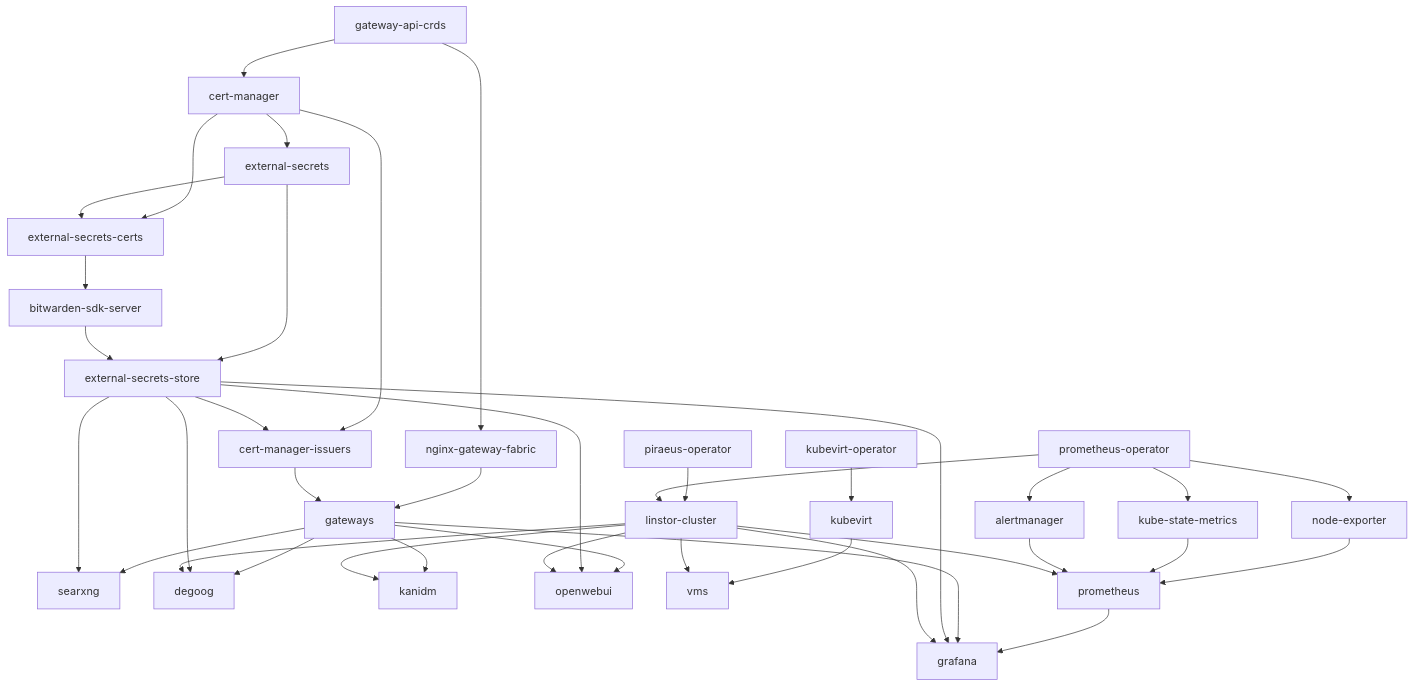
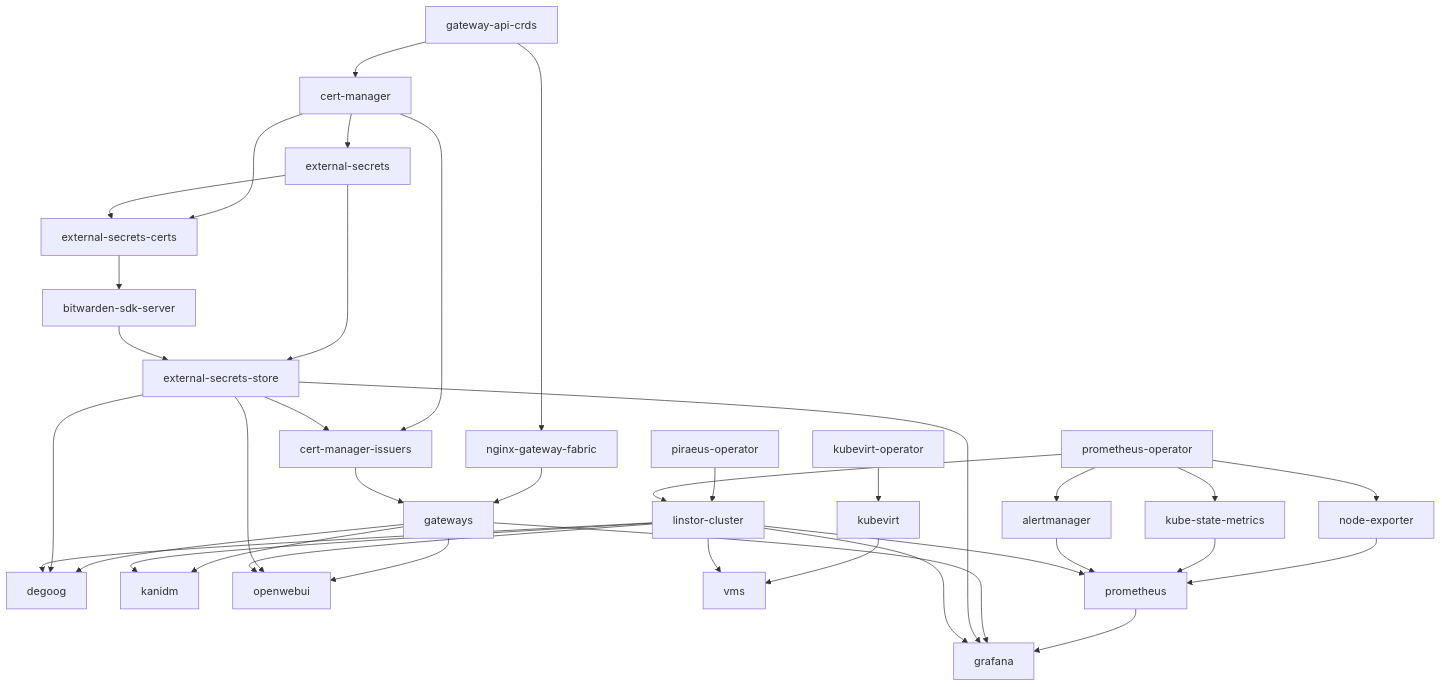
One commit to martinxtinto/k8s-flux changed the diagram in README.md. Above: the diagram before and after it, drawn with Mermaid. The commit also changed other lines of this file and 8 other files, not shown here.

````diff
--- a/README.md
+++ b/README.md
@@ -30,41 +30,39 @@
 ```mermaid
 flowchart TD
   gateway-api-crds --> cert-manager
   gateway-api-crds --> nginx-gateway-fabric
   cert-manager --> external-secrets
   cert-manager --> external-secrets-certs
   external-secrets --> external-secrets-certs
   external-secrets --> external-secrets-store
   external-secrets-certs --> bitwarden-sdk-server
   bitwarden-sdk-server --> external-secrets-store
   cert-manager --> cert-manager-issuers
   external-secrets-store --> cert-manager-issuers
   nginx-gateway-fabric --> gateways
   cert-manager-issuers --> gateways
   piraeus-operator --> linstor-cluster
   prometheus-operator --> linstor-cluster
   kubevirt-operator --> kubevirt
-  gateways --> searxng
-  external-secrets-store --> searxng
   gateways --> degoog
   external-secrets-store --> degoog
   linstor-cluster --> degoog
   gateways --> kanidm
   linstor-cluster --> kanidm
   gateways --> openwebui
   external-secrets-store --> openwebui
   linstor-cluster --> openwebui
   kubevirt --> vms
   linstor-cluster --> vms
   prometheus-operator --> node-exporter
   prometheus-operator --> kube-state-metrics
   prometheus-operator --> alertmanager
   node-exporter --> prometheus
   kube-state-metrics --> prometheus
   alertmanager --> prometheus
   linstor-cluster --> prometheus
   prometheus --> grafana
   gateways --> grafana
   external-secrets-store --> grafana
   linstor-cluster --> grafana
 ```
````
